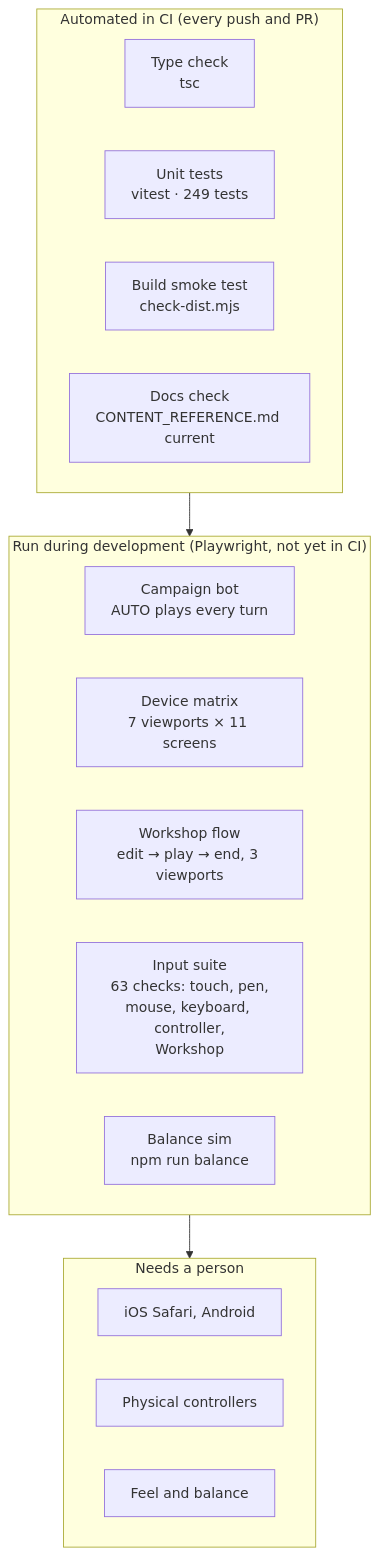
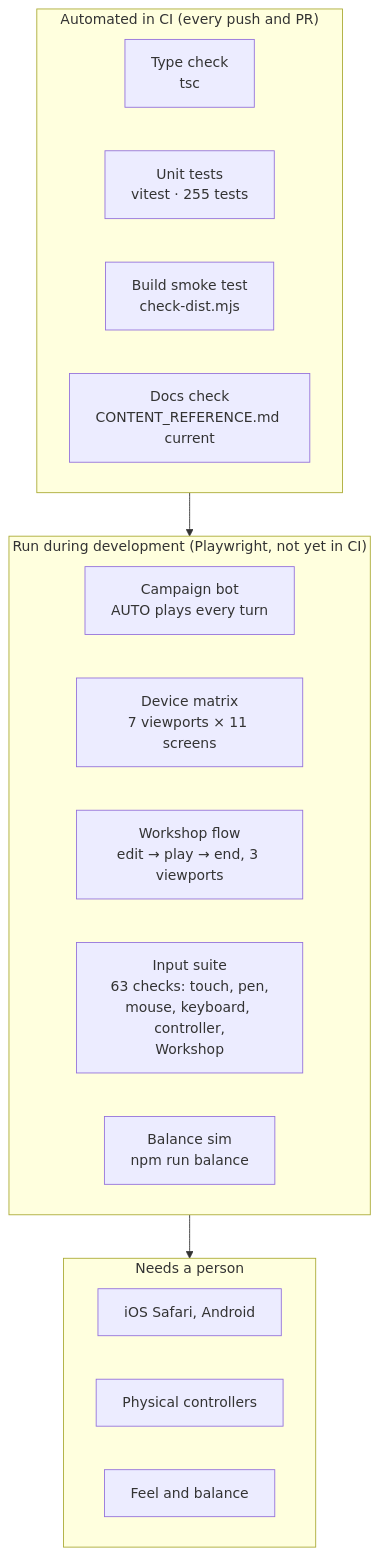
Before and after one commit to CptNope/Chess-RPG-Tactics: the diagram in docs/TESTING.md, drawn with Mermaid. The commit also changed other lines of this file and 19 other files, not shown here.

````diff
--- a/docs/TESTING.md
+++ b/docs/TESTING.md
@@ -9,22 +9,22 @@
 ```mermaid
 flowchart TB
     subgraph Auto["Automated in CI (every push and PR)"]
         T1["Type check<br/>tsc"]
-        T2["Unit tests<br/>vitest · 249 tests"]
+        T2["Unit tests<br/>vitest · 255 tests"]
         T3["Build smoke test<br/>check-dist.mjs"]
         T4["Docs check<br/>CONTENT_REFERENCE.md current"]
     end
     subgraph Dev["Run during development (Playwright, not yet in CI)"]
         P1["Campaign bot<br/>AUTO plays every turn"]
         P2["Device matrix<br/>7 viewports × 11 screens"]
         P4["Workshop flow<br/>edit → play → end, 3 viewports"]
         P3["Input suite<br/>63 checks: touch, pen,<br/>mouse, keyboard, controller,<br/>Workshop"]
         P5["Balance sim<br/>npm run balance"]
     end
     subgraph Human["Needs a person"]
         H1["iOS Safari, Android"]
         H2["Physical controllers"]
         H3["Feel and balance"]
     end
     Auto --> Dev --> Human
 ```
````
